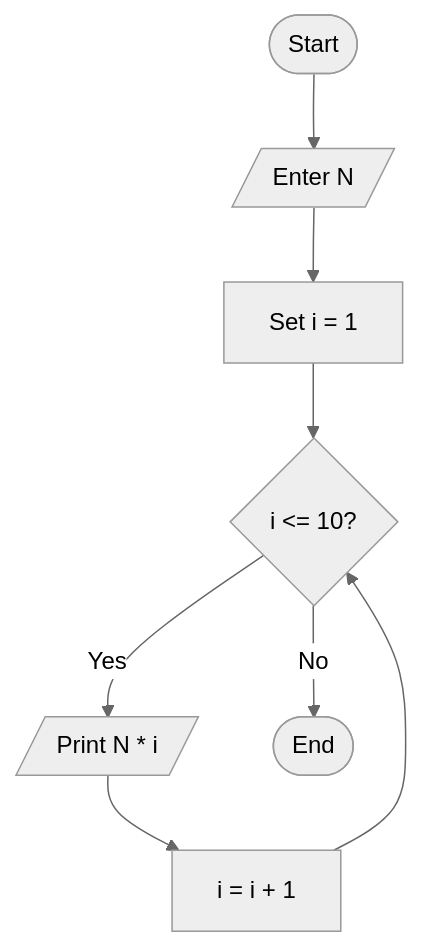
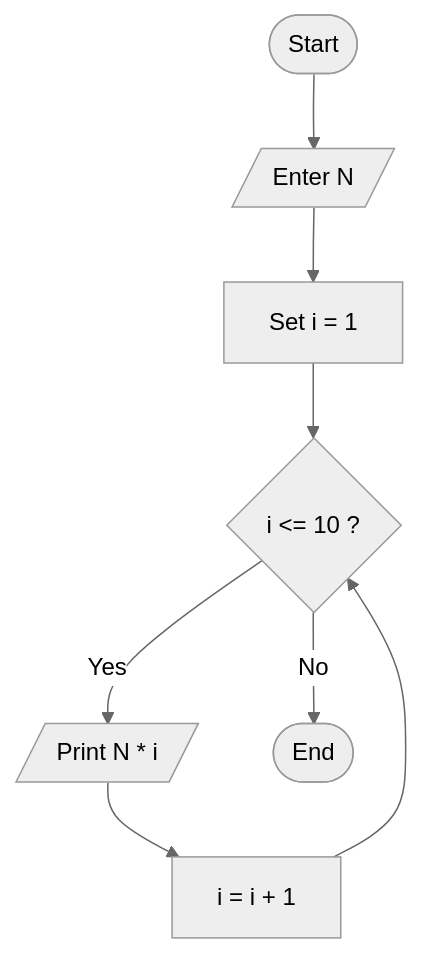
One commit to cwa-web/BasicPythonPrograms changed the tenth of 20 diagrams in README.md. Above: the diagram before and after it, drawn with Mermaid (neutral theme). The commit also changed other lines of this file, not shown here.

First line of the commit message:
Refactor flow diagrams to use Mermaid syntax

````diff
--- a/README.md
+++ b/README.md
@@ -317,10 +334,10 @@
   ```mermaid
   flowchart TD
       A([Start]) --> B[/Enter N/]
-      B --> C[Set i = 1]
-      C --> D{i <= 10?}
-      D -- Yes --> E[/Print N * i/]
-      E --> F[i = i + 1]
+      B --> C["Set i = 1"]
+      C --> D{"i <= 10 ?"}
+      D -- Yes --> E[/"Print N * i"/]
+      E --> F["i = i + 1"]
       F --> D
       D -- No --> G([End])
   ```
````
